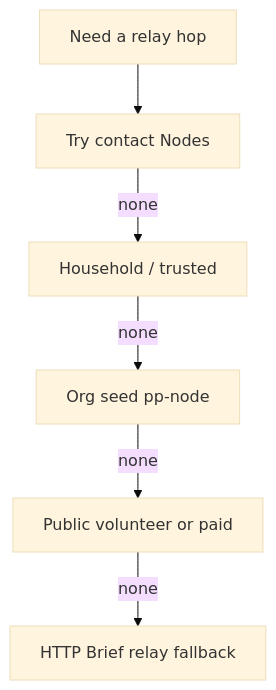
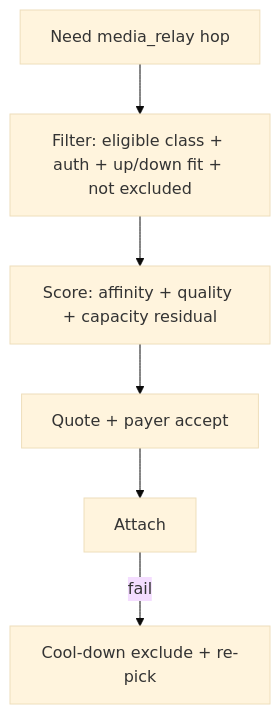
The fourth of 4 diagrams in projects/p2p-mesh/DESIGN.md (people-post/pp-browser), drawn with Mermaid (base theme) before and after one commit. The commit also changed other lines of this file and 11 other files, not shown here.

````diff
--- a/projects/p2p-mesh/DESIGN.md
+++ b/projects/p2p-mesh/DESIGN.md
@@ -381,9 +364,9 @@
 ```mermaid
 flowchart TB
-  need[Need a relay hop]
-  need --> c[Try contact Nodes]
-  c -->|none| h[Household / trusted]
-  h -->|none| s[Org seed pp-node]
-  s -->|none| p[Public volunteer or paid]
-  p -->|none| http[HTTP Brief relay fallback]
+  need[Need media_relay hop]
+  need --> f[Filter: eligible class + auth + up/down fit + not excluded]
+  f --> s[Score: affinity + quality + capacity residual]
+  s --> q[Quote + payer accept]
+  q --> ok[Attach]
+  ok -->|fail| rp[Cool-down exclude + re-pick]
 ```
````
